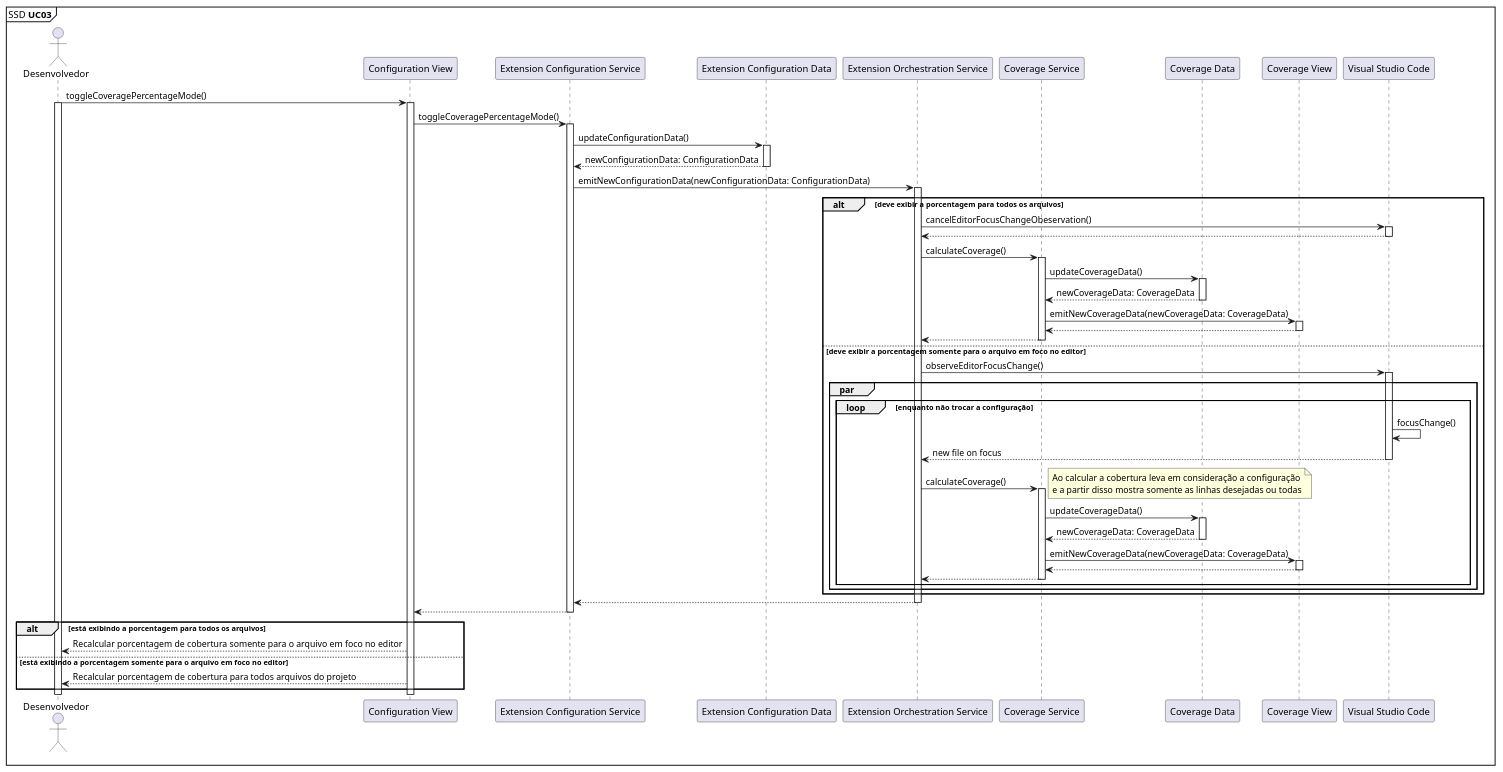
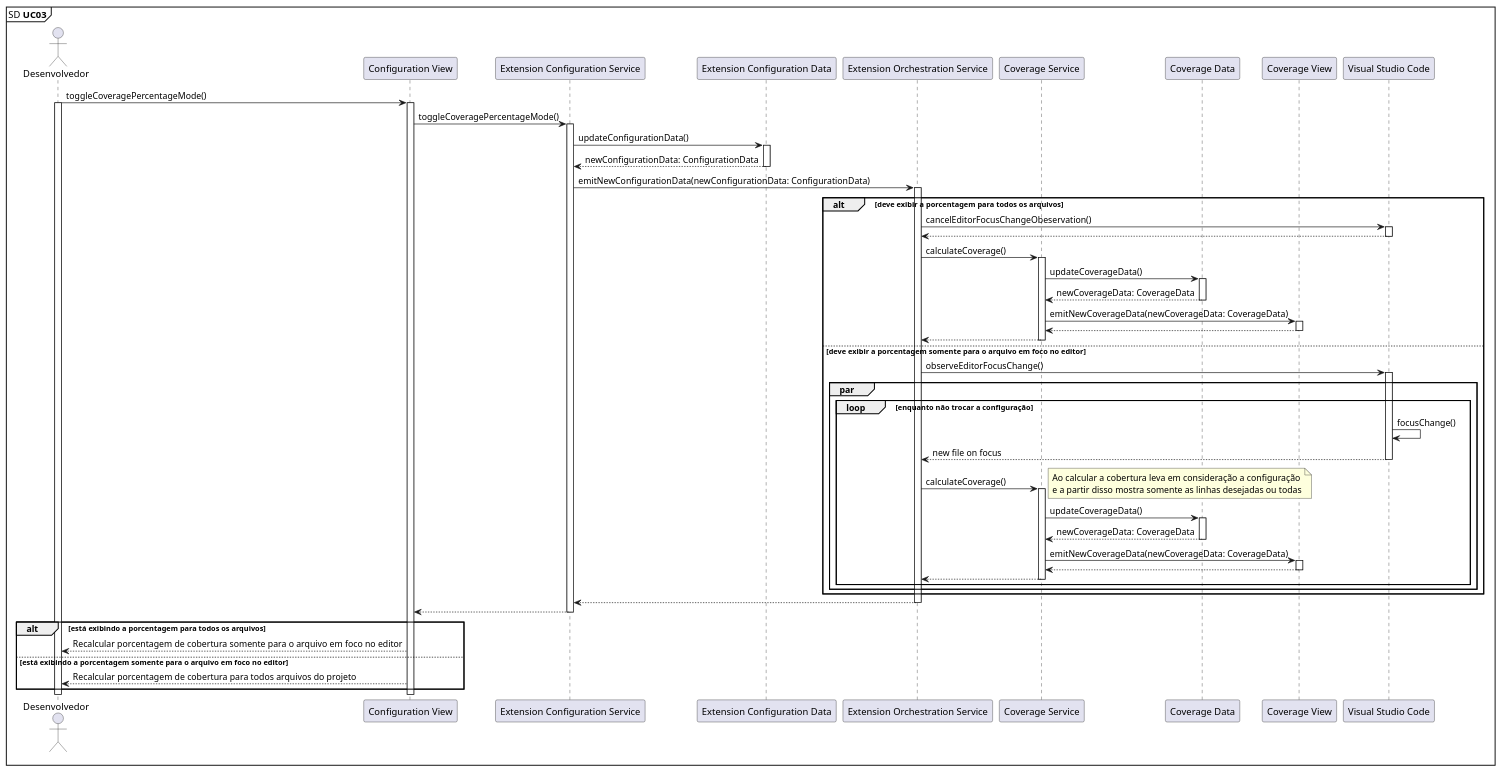
One commit to ICEI-PUC-Minas-PPLES-TI/plf-es-2022-1-tcci-5308100-dev-arthur-rocha-guilherme-oliveira changed the diagram in Artefatos/Diagrama de Sequência/PlantUML/UC03.plantuml. Above: the diagram before and after it, drawn with PlantUML. The commit also changed 7 other files, not shown here.

```diff
--- a/Artefatos/Diagrama de Sequência/PlantUML/UC03.plantuml
+++ b/Artefatos/Diagrama de Sequência/PlantUML/UC03.plantuml
@@ -1,113 +1,113 @@
 @startuml
 
-mainframe SSD **UC03** 
+mainframe SD **UC03** 
 
 'UC03: Como desenvolvedor, desejo alterar a visualização da porcentagem de cobertura entre total e em relação ao arquivo aberto.
 
 actor       Desenvolvedor as Dev
 participant "Configuration View" as ConfigurationView
 participant "Extension Configuration Service" as ExtensionConfigurationService
 participant "Extension Configuration Data" as ExtensionConfigurationData
 participant "Extension Orchestration Service" as ExtensionOrchestrationService
 participant "Coverage Service" as CoverageService
 participant "Coverage Data" as CoverageData
 participant "Coverage View" as CoverageView
 participant "Visual Studio Code" as VSCode
 
 Dev -> ConfigurationView: toggleCoveragePercentageMode()
 
 activate Dev
 activate ConfigurationView
 
 ConfigurationView -> ExtensionConfigurationService: toggleCoveragePercentageMode()
 activate ExtensionConfigurationService
 
 ExtensionConfigurationService -> ExtensionConfigurationData: updateConfigurationData()
 activate ExtensionConfigurationData
 
 ExtensionConfigurationService <-- ExtensionConfigurationData: newConfigurationData: ConfigurationData
 deactivate ExtensionConfigurationData
 
 ExtensionConfigurationService -> ExtensionOrchestrationService: emitNewConfigurationData(newConfigurationData: ConfigurationData)
 activate ExtensionOrchestrationService
 
 alt deve exibir a porcentagem para todos os arquivos
 
   ExtensionOrchestrationService -> VSCode: cancelEditorFocusChangeObeservation()
   activate VSCode
   ExtensionOrchestrationService <-- VSCode
   deactivate VSCode
 
   ExtensionOrchestrationService -> CoverageService: calculateCoverage()
   activate CoverageService
 
   CoverageService -> CoverageData: updateCoverageData()
   activate CoverageData
 
   CoverageService <-- CoverageData: newCoverageData: CoverageData
   deactivate CoverageData
 
   CoverageService -> CoverageView: emitNewCoverageData(newCoverageData: CoverageData)
   activate CoverageView
 
   CoverageService <-- CoverageView
   deactivate CoverageView
 
   ExtensionOrchestrationService <-- CoverageService
   deactivate CoverageService
 
 else deve exibir a porcentagem somente para o arquivo em foco no editor
 
   ExtensionOrchestrationService -> VSCode: observeEditorFocusChange()
   activate VSCode
   
   par
     loop enquanto não trocar a configuração
       VSCode -> VSCode: focusChange()
       ExtensionOrchestrationService <-- VSCode: new file on focus
       deactivate VSCode
 
       ExtensionOrchestrationService -> CoverageService: calculateCoverage()
       activate CoverageService
 
       note right
         Ao calcular a cobertura leva em consideração a configuração
         e a partir disso mostra somente as linhas desejadas ou todas
       end note
 
       CoverageService -> CoverageData: updateCoverageData()
       activate CoverageData
 
       CoverageService <-- CoverageData: newCoverageData: CoverageData
       deactivate CoverageData
 
       CoverageService -> CoverageView: emitNewCoverageData(newCoverageData: CoverageData)
       activate CoverageView
 
       CoverageService <-- CoverageView
       deactivate CoverageView
 
       ExtensionOrchestrationService <-- CoverageService
       deactivate CoverageService
     end
   end
 end
 
 
 ExtensionConfigurationService <-- ExtensionOrchestrationService
 deactivate ExtensionOrchestrationService
 
 ConfigurationView <-- ExtensionConfigurationService
 deactivate ExtensionConfigurationService
 
 alt está exibindo a porcentagem para todos os arquivos
 
   Dev <-- ConfigurationView: Recalcular porcentagem de cobertura somente para o arquivo em foco no editor
 
 else está exibindo a porcentagem somente para o arquivo em foco no editor
 
   Dev <-- ConfigurationView: Recalcular porcentagem de cobertura para todos arquivos do projeto
 
 end
 
 @enduml
```
